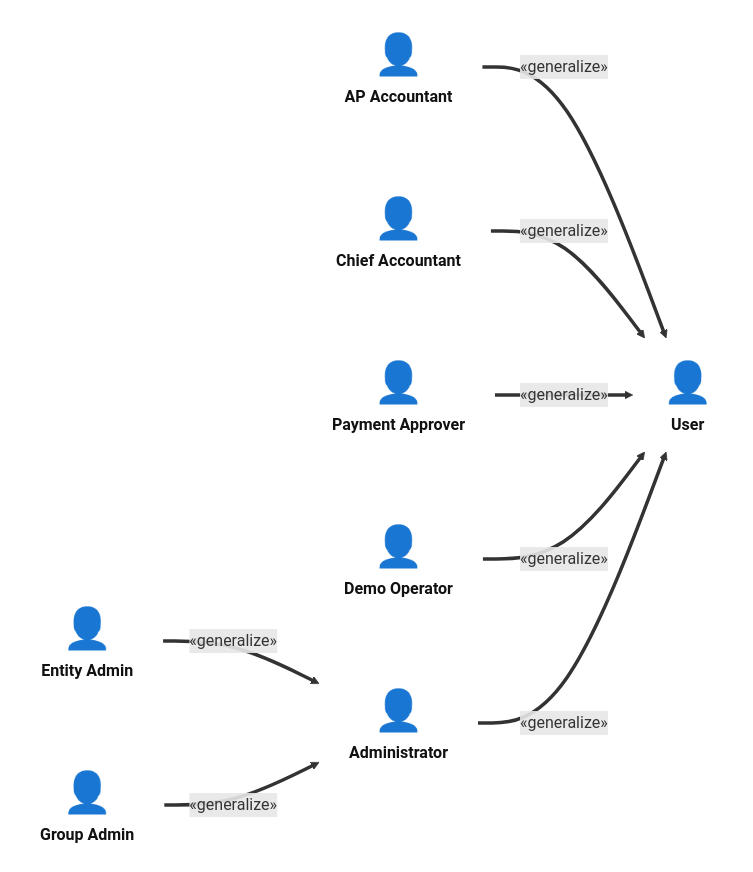
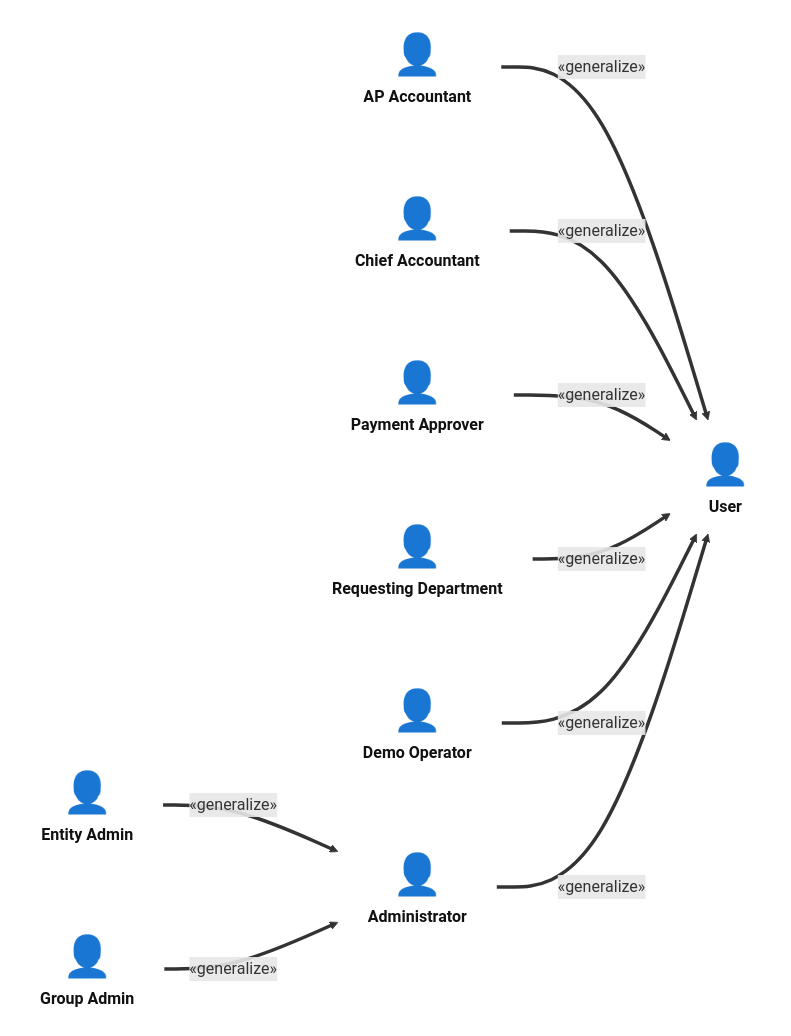
Before and after one commit to minhtuann1102/MatchPay: the first of 8 diagrams in README.md, drawn with Mermaid. The commit also changed other lines of this file and 20 other files, not shown here.

First line of the commit message:
docs: sync Steps 1 and 2 to the feature mind map (draft for review)

````diff
--- a/README.md
+++ b/README.md
@@ -81,22 +84,24 @@
 ```mermaid
 flowchart LR
     ap["<span style='font-size:40px'>👤</span><br/><b>AP Accountant</b>"]
     ca["<span style='font-size:40px'>👤</span><br/><b>Chief Accountant</b>"]
     pa["<span style='font-size:40px'>👤</span><br/><b>Payment Approver</b>"]
+    rd["<span style='font-size:40px'>👤</span><br/><b>Requesting Department</b>"]
     demo["<span style='font-size:40px'>👤</span><br/><b>Demo Operator</b>"]
     entityAdmin["<span style='font-size:40px'>👤</span><br/><b>Entity Admin</b>"]
     groupAdmin["<span style='font-size:40px'>👤</span><br/><b>Group Admin</b>"]
     admin["<span style='font-size:40px'>👤</span><br/><b>Administrator</b>"]
     user["<span style='font-size:40px'>👤</span><br/><b>User</b>"]
 
     ap ==>|"«generalize»"| user
     ca ==>|"«generalize»"| user
     pa ==>|"«generalize»"| user
+    rd ==>|"«generalize»"| user
     demo ==>|"«generalize»"| user
     entityAdmin ==>|"«generalize»"| admin
     groupAdmin ==>|"«generalize»"| admin
     admin ==>|"«generalize»"| user
 
     classDef actor fill:none,stroke:none,color:#111
-    class ap,ca,pa,demo,entityAdmin,groupAdmin,admin,user actor
+    class ap,ca,pa,rd,demo,entityAdmin,groupAdmin,admin,user actor
 ```
````
